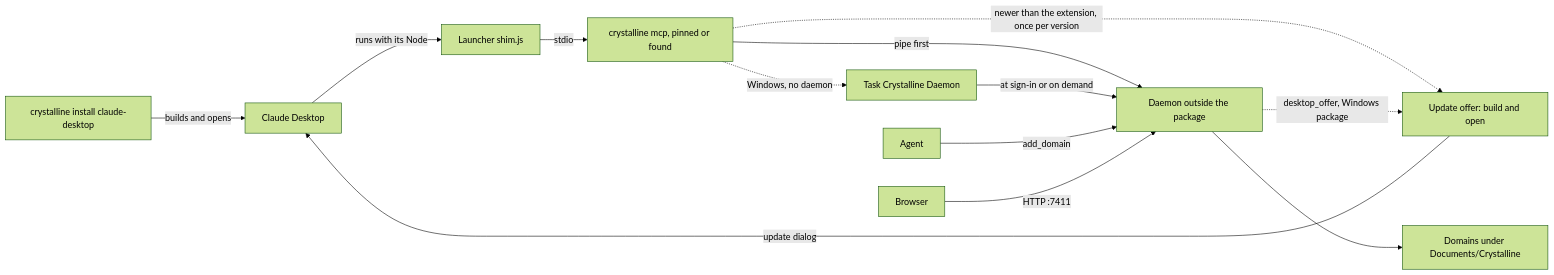
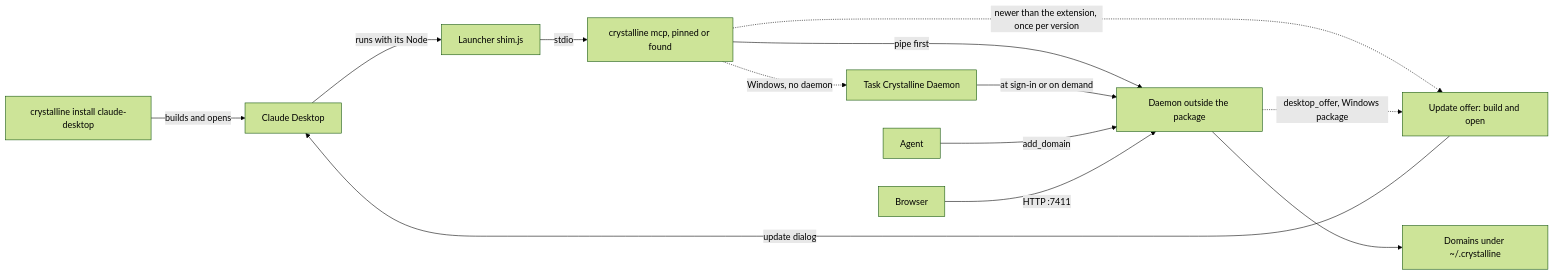
One commit to jordiboehme/crystalline changed the third of 21 diagrams in docs/deployment.md. Above: the diagram before and after it, drawn with Mermaid (forest theme). The commit also changed other lines of this file and 12 other files, not shown here.

Commit message:
docs: name ~/.crystalline as the default domains root

````diff
--- a/docs/deployment.md
+++ b/docs/deployment.md
@@ -158,15 +158,15 @@
 ```mermaid
 flowchart LR
     I[crystalline install claude-desktop] -->|builds and opens| CD[Claude Desktop]
     CD -->|runs with its Node| S[Launcher shim.js]
     S -->|stdio| M[crystalline mcp, pinned or found]
     M -->|pipe first| D[Daemon outside the package]
     M -.->|Windows, no daemon| T[Task Crystalline Daemon]
     T -->|at sign-in or on demand| D
     M -.->|newer than the extension, once per version| U[Update offer: build and open]
     D -.->|desktop_offer, Windows package| U
     U -->|update dialog| CD
     A[Agent] -->|add_domain| D
-    D --> K[Domains under Documents/Crystalline]
+    D --> K[Domains under ~/.crystalline]
     B[Browser] -->|HTTP :7411| D
 ```
````
